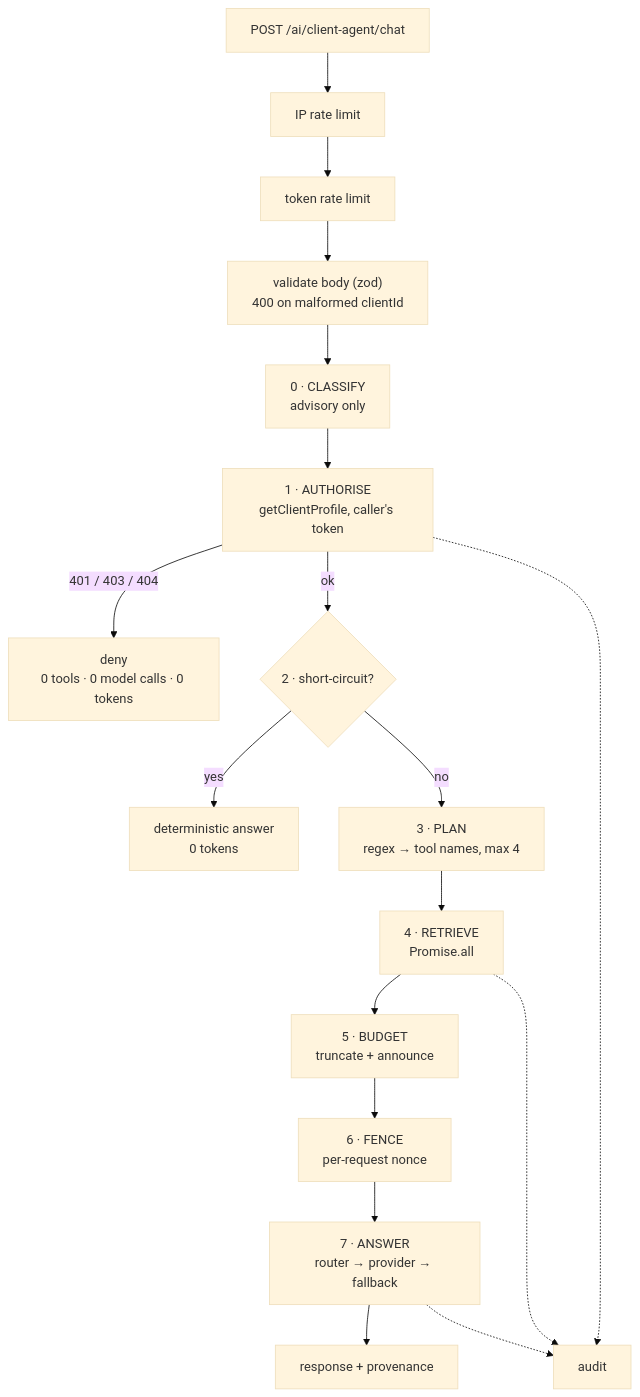
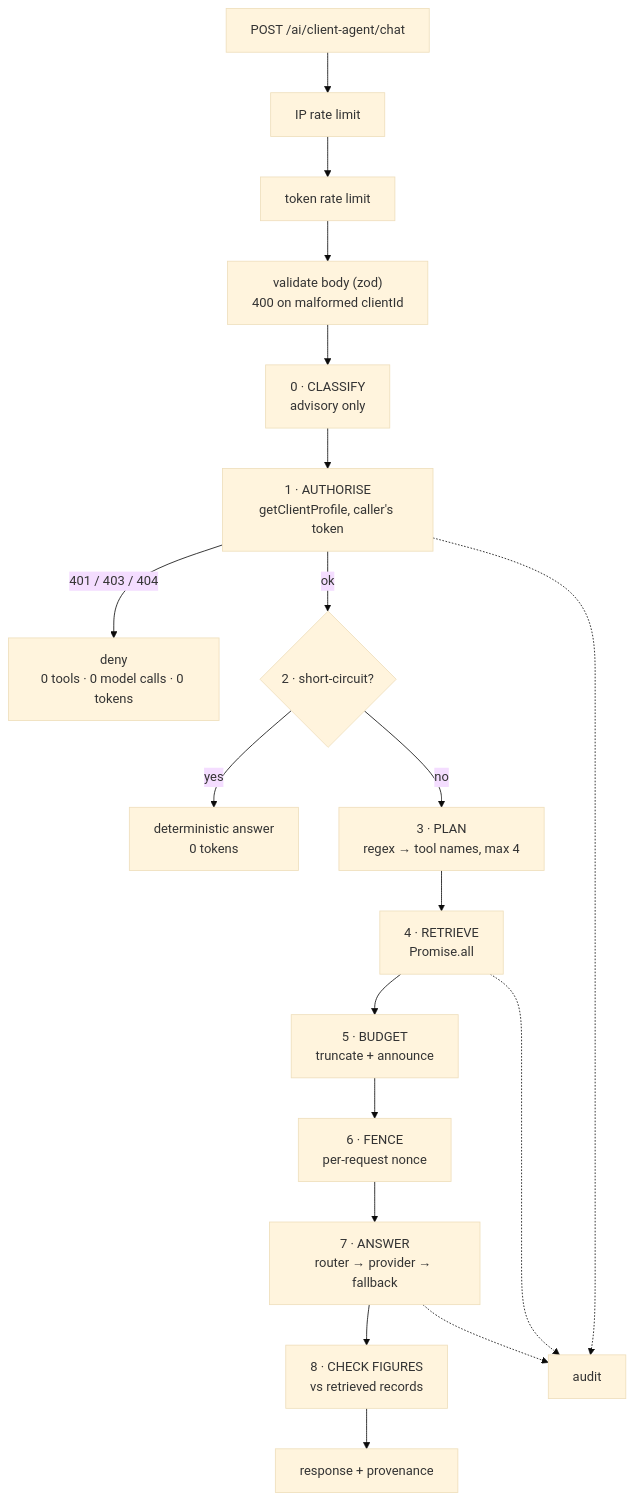
Before and after one commit to abhishek21lift-oss/mps-ai: the second of 7 diagrams in docs/ARCHITECTURE.md, drawn with Mermaid (base theme). The commit also changed other lines of this file and 5 other files, not shown here.

First line of the commit message:
Check the answer's figures against the records they came from

````diff
--- a/docs/ARCHITECTURE.md
+++ b/docs/ARCHITECTURE.md
@@ -44,24 +44,25 @@
 ```mermaid
 flowchart TD
   Q["POST /ai/client-agent/chat"] --> L1["IP rate limit"]
   L1 --> L2["token rate limit"]
   L2 --> V["validate body (zod)<br/>400 on malformed clientId"]
   V --> C["0 · CLASSIFY<br/>advisory only"]
   C --> A["1 · AUTHORISE<br/>getClientProfile, caller's token"]
 
   A -->|"401 / 403 / 404"| D["deny<br/>0 tools · 0 model calls · 0 tokens"]
 
   A -->|"ok"| S{"2 · short-circuit?"}
   S -->|"yes"| SC["deterministic answer<br/>0 tokens"]
   S -->|"no"| P["3 · PLAN<br/>regex → tool names, max 4"]
 
   P --> R["4 · RETRIEVE<br/>Promise.all"]
   R --> BUD["5 · BUDGET<br/>truncate + announce"]
   BUD --> F["6 · FENCE<br/>per-request nonce"]
   F --> M["7 · ANSWER<br/>router → provider → fallback"]
-  M --> O["response + provenance"]
+  M --> G["8 · CHECK FIGURES<br/>vs retrieved records"]
+  G --> O["response + provenance"]
 
   A -.-> AUD["audit"]
   R -.-> AUD
   M -.-> AUD
 ```
````
